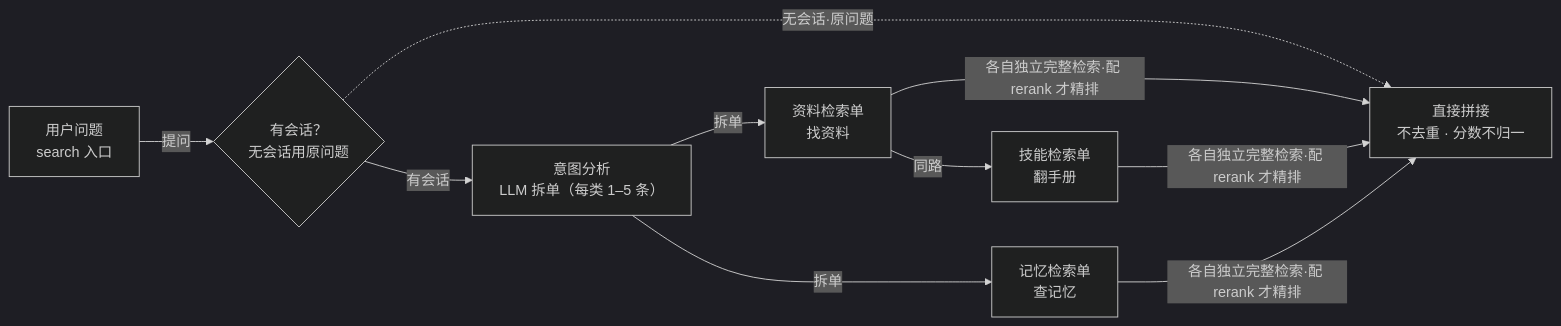
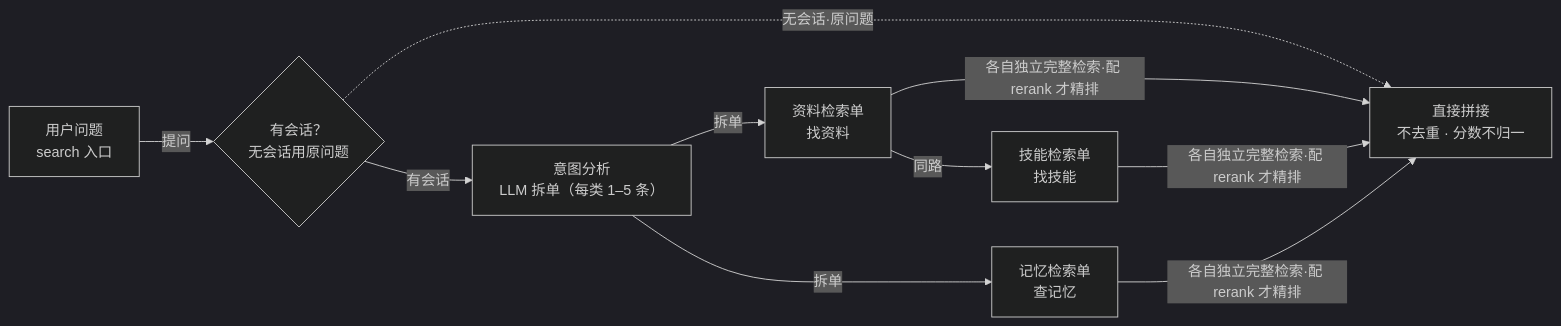
The diagram in docs/assets/mermaid/cognitive-context/openviking--intent-typed-queries.mmd (ThreeFish-AI/negentropy), drawn with Mermaid (dark theme) before and after one commit. The commit also changed 84 other files, not shown here.

First line of the commit message:
docs(cognitive-context): 014 §2「一树三相三面」图例与机制解说补全 + 12 图挂载与盲审修复;

```diff
--- a/docs/assets/mermaid/cognitive-context/openviking--intent-typed-queries.mmd
+++ b/docs/assets/mermaid/cognitive-context/openviking--intent-typed-queries.mmd
@@ -1,15 +1,16 @@
 %% source: docs/research/cognitive-context/014-openviking.md §5.2（视频 P3 → 换代重绘）
 %% slug: openviking--intent-typed-queries
 %% type: workflow
 %% derived: docs/assets/architecture/cognitive-context/openviking--intent-typed-queries.html
 %% fix: 2026-10-22 「递归」边随上游 #5450 删除目录递归改为「各自独立全局召回」，钉点 6227af51
+%% fix: 2026-10-23 「翻手册」喻体改「找技能」（盲审 D-1：正文无「手册」字样与类比许可）
 flowchart LR
   Q["用户问题<br/>search 入口"] -->|"提问"| GATE{"有会话？<br/>无会话用原问题"}
   GATE -->|"有会话"| AN["意图分析<br/>LLM 拆单（每类 1–5 条）"]
   GATE -.->|"无会话·原问题"| MERGE["直接拼接<br/>不去重 · 分数不归一"]
   AN -->|"拆单"| QRES["资料检索单<br/>找资料"]
   AN -->|"拆单"| QMEM["记忆检索单<br/>查记忆"]
-  QRES -->|"同路"| QSKILL["技能检索单<br/>翻手册"]
+  QRES -->|"同路"| QSKILL["技能检索单<br/>找技能"]
   QRES -->|"各自独立完整检索·配 rerank 才精排"| MERGE
   QSKILL -->|"各自独立完整检索·配 rerank 才精排"| MERGE
   QMEM -->|"各自独立完整检索·配 rerank 才精排"| MERGE
```
